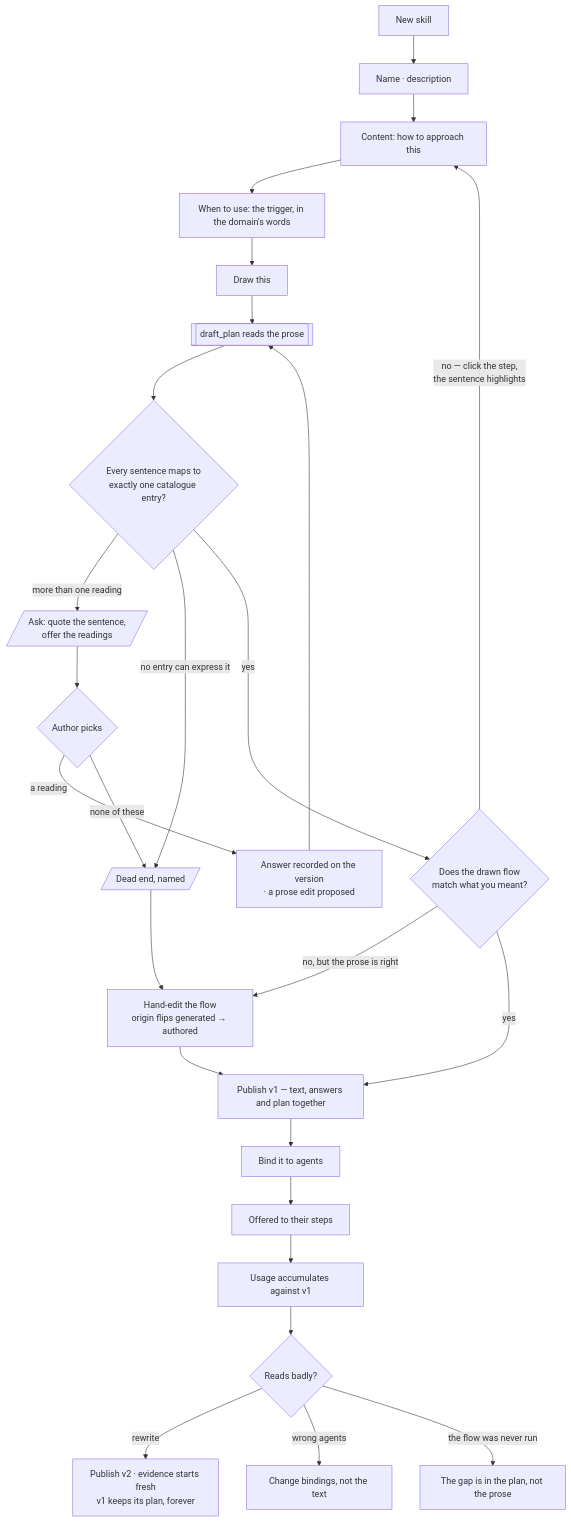
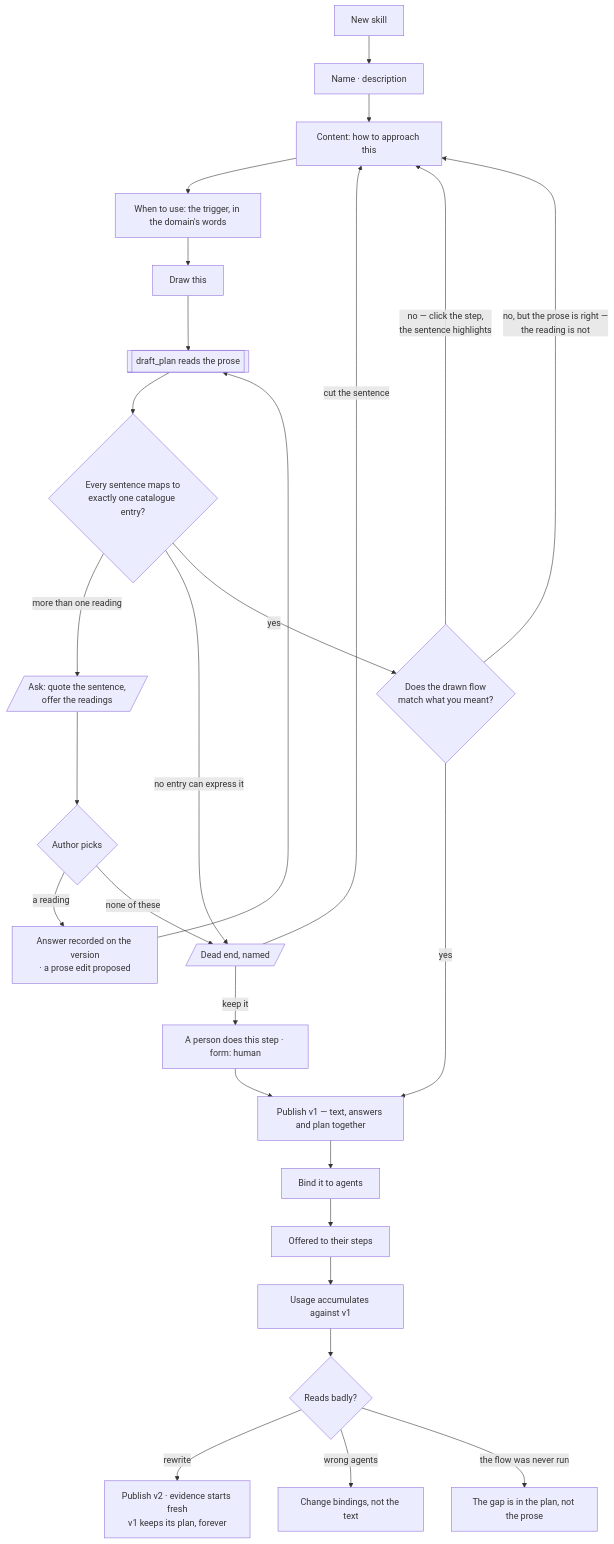
One commit to invana/invana changed the second of 3 diagrams in docs/for-developers/modules/skills/features/authoring-a-skill.md. Above: the diagram before and after it, drawn with Mermaid. The commit also changed other lines of this file and 115 other files, not shown here.

````diff
--- a/docs/for-developers/modules/skills/features/authoring-a-skill.md
+++ b/docs/for-developers/modules/skills/features/authoring-a-skill.md
@@ -56,29 +58,30 @@
 ```mermaid
 flowchart TD
     A[New skill] --> B[Name · description]
     B --> C[Content: how to approach this]
     C --> D[When to use: the trigger, in the domain's words]
     D --> P0[Draw this]
     P0 --> P1[["draft_plan reads the prose"]]
     P1 --> Q{Every sentence maps to<br/>exactly one catalogue entry?}
     Q -->|"more than one reading"| CL[/"Ask: quote the sentence,<br/>offer the readings"/]
     Q -->|"no entry can express it"| DE[/"Dead end, named"/]
     CL --> CA{Author picks}
     CA -->|a reading| AR[Answer recorded on the version<br/>· a prose edit proposed]
     CA -->|none of these| DE
     AR --> P1
     Q -->|yes| P2{Does the drawn flow<br/>match what you meant?}
     P2 -->|"no — click the step,<br/>the sentence highlights"| C
-    P2 -->|no, but the prose is right| P3[Hand-edit the flow<br/>origin flips generated → authored]
+    P2 -->|"no, but the prose is right —<br/>the reading is not"| C
     P2 -->|yes| E
-    DE --> P3
+    DE -->|cut the sentence| C
+    DE -->|keep it| P3[A person does this step · form: human]
     P3 --> E
     E[Publish v1 — text, answers and plan together]
     E --> F[Bind it to agents]
     F --> G[Offered to their steps]
     G --> H[Usage accumulates against v1]
     H --> I{Reads badly?}
     I -->|rewrite| J[Publish v2 · evidence starts fresh<br/>v1 keeps its plan, forever]
     I -->|wrong agents| K[Change bindings, not the text]
     I -->|"the flow was never run"| L[The gap is in the plan, not the prose]
 ```
````
